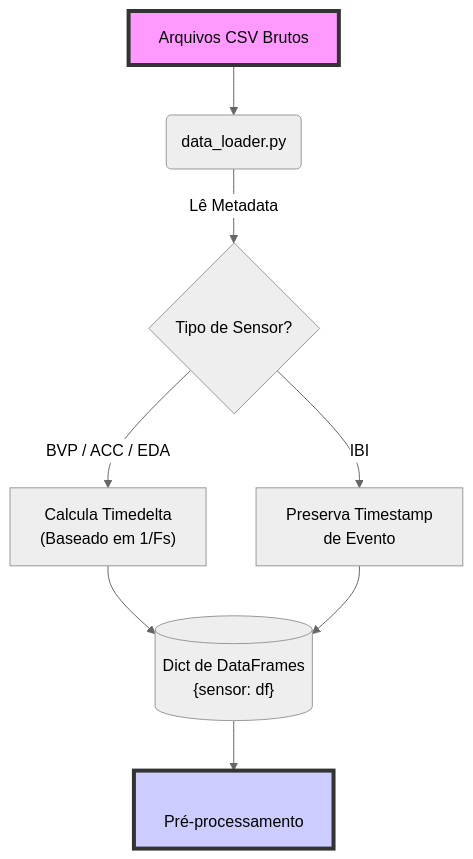
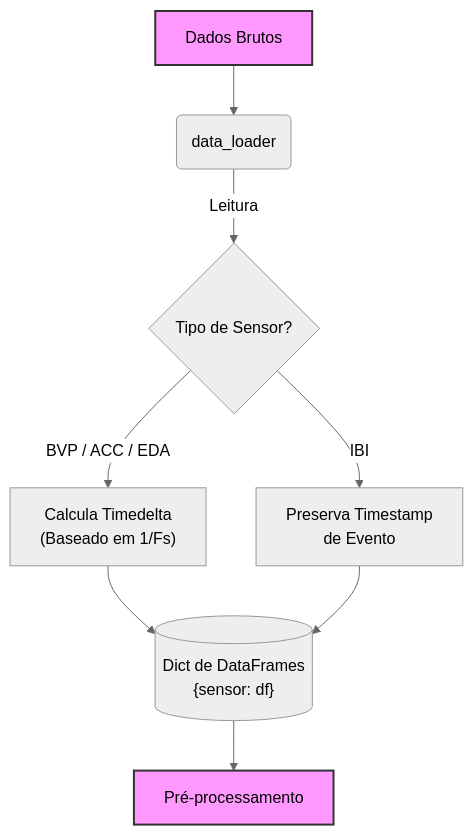
Before and after one commit to diegovianagomes/notas_de_aula: the first of 2 diagrams in docs/ciencia_dados/signal_process.md, drawn with Mermaid (neutral theme). The commit also changed other lines of this file, not shown here.

Commit message:
Refine signal_process.md for clarity and consistency in terminology, enhance data flow descriptions, and improve formatting

````diff
--- a/docs/ciencia_dados/signal_process.md
+++ b/docs/ciencia_dados/signal_process.md
@@ -56,15 +53,17 @@
 ```mermaid
 graph TD
     classDef default font-size:16px;
 
-    A[Arquivos CSV Brutos] --> B("data_loader.py")
-    B -- Lê Metadata --> C{"Tipo de Sensor?"}
+    A[Dados Brutos] --> B("data_loader")
+    B -- Leitura --> C{"Tipo de Sensor?"}
+    
     C -- "BVP / ACC / EDA" --> D["Calcula Timedelta<br/>(Baseado em 1/Fs)"]
     C -- IBI --> E["Preserva Timestamp<br/>de Evento"]
+    
     D --> F[("Dict de DataFrames<br/>{sensor: df}")]
     E --> F
-    F --> G["<br/>Pré-processamento"]
+    F --> G["Pré-processamento"]
 
-    style A fill:#f9f,stroke:#333,stroke-width:4px
-    style G fill:#ccf,stroke:#333,stroke-width:4px
+    style A fill:#f9f,stroke:#333,stroke-width:2px
+    style G fill:#f9f,stroke:#333,stroke-width:2px
 ```
````
